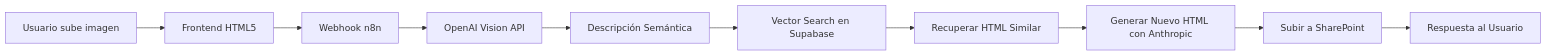
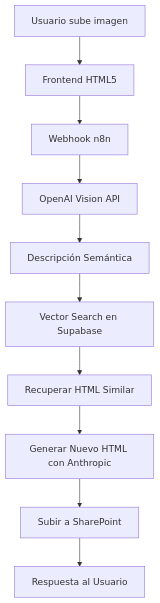
One commit to Ferx096/POC5_HTML_mailings changed the first of 2 diagrams in README.md. Above: the diagram before and after it, drawn with Mermaid.

````diff
--- a/README.md
+++ b/README.md
@@ -19,12 +19,12 @@
 ```mermaid
-graph LR
+graph TD
     A[Usuario sube imagen] --> B[Frontend HTML5]
     B --> C[Webhook n8n]
     C --> D[OpenAI Vision API]
     D --> E[Descripción Semántica]
     E --> F[Vector Search en Supabase]
     F --> G[Recuperar HTML Similar]
     G --> H[Generar Nuevo HTML con Anthropic]
     H --> I[Subir a SharePoint]
     I --> J[Respuesta al Usuario]
 ```
````
